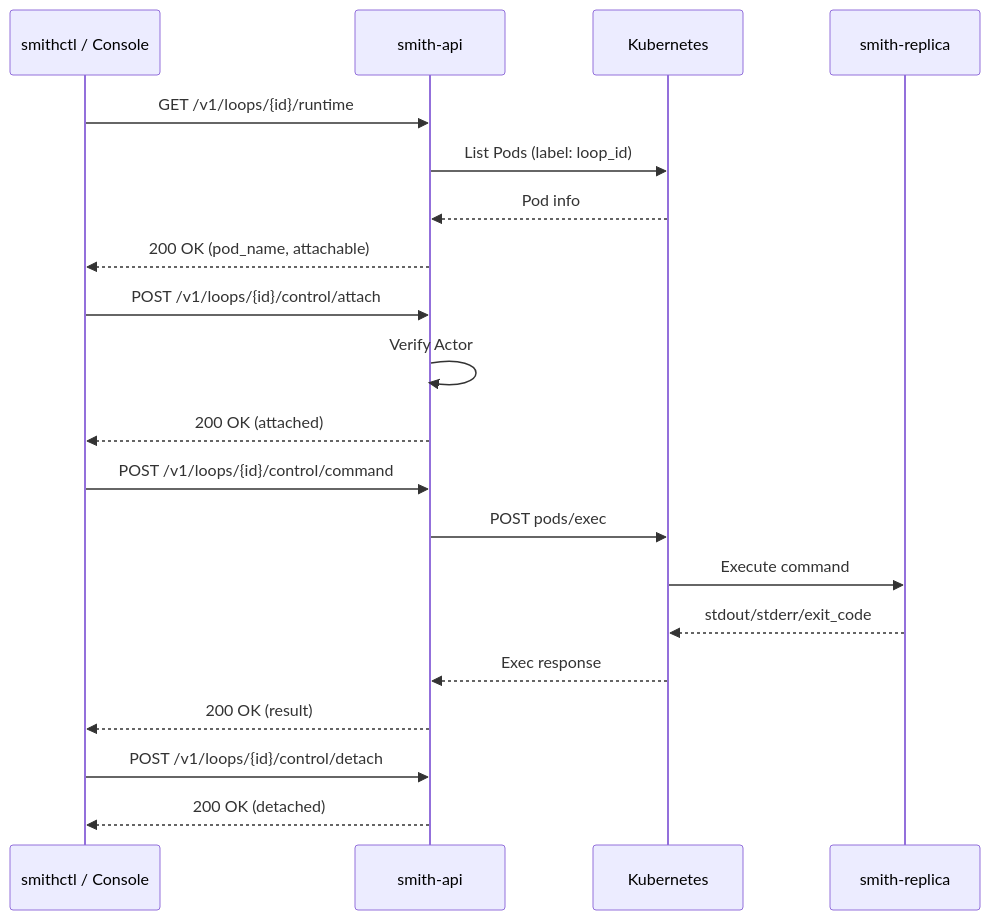
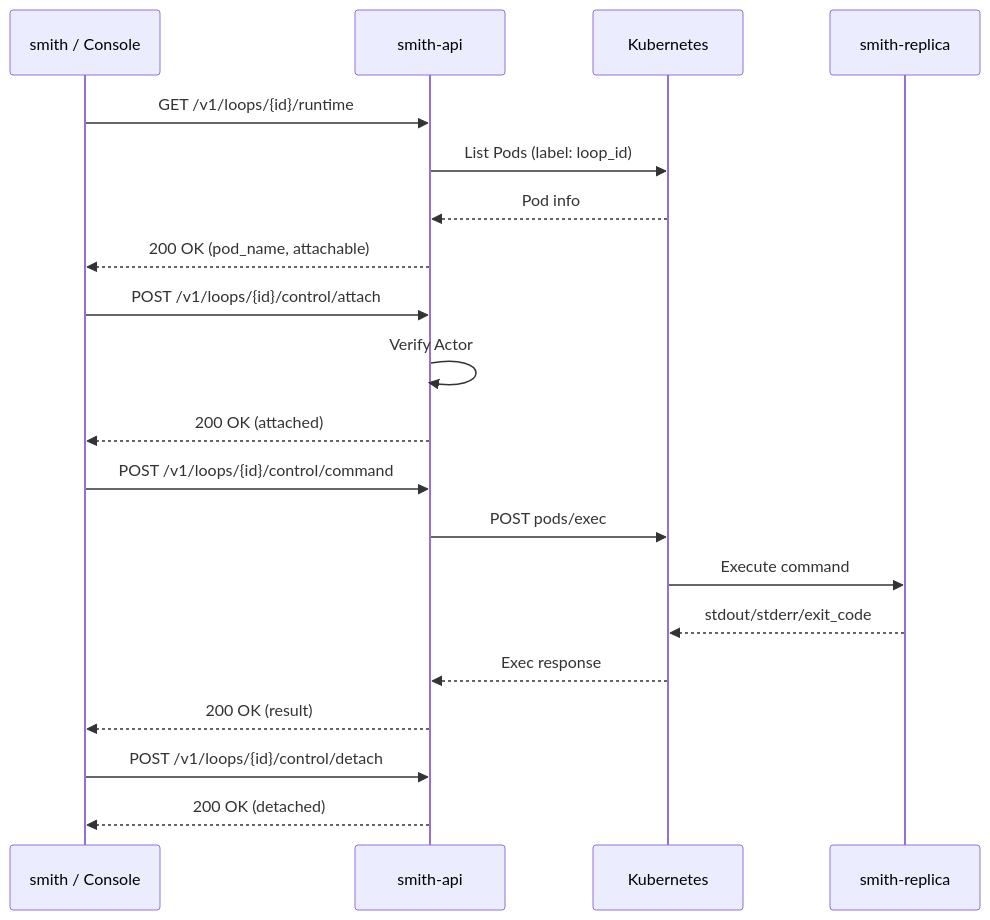
The seventh of 7 diagrams in docs/loop-ingress-and-cli.md (mrkplt/smith), drawn with Mermaid before and after one commit. The commit also changed other lines of this file and 47 other files, not shown here.

Commit message:
refactor(cli): consolidate operator and replica flows under smith

````diff
--- a/docs/loop-ingress-and-cli.md
+++ b/docs/loop-ingress-and-cli.md
@@ -450,26 +450,26 @@
 ```mermaid
 sequenceDiagram
-    participant client as smithctl / Console
+    participant client as smith / Console
     participant api as smith-api
     participant k8s as Kubernetes
     participant replica as smith-replica
 
     client->>api: GET /v1/loops/{id}/runtime
     api->>k8s: List Pods (label: loop_id)
     k8s-->>api: Pod info
     api-->>client: 200 OK (pod_name, attachable)
 
     client->>api: POST /v1/loops/{id}/control/attach
     api->>api: Verify Actor
     api-->>client: 200 OK (attached)
 
     client->>api: POST /v1/loops/{id}/control/command
     api->>k8s: POST pods/exec
     k8s->>replica: Execute command
     replica-->>k8s: stdout/stderr/exit_code
     k8s-->>api: Exec response
     api-->>client: 200 OK (result)
 
     client->>api: POST /v1/loops/{id}/control/detach
     api-->>client: 200 OK (detached)
 ```
````
